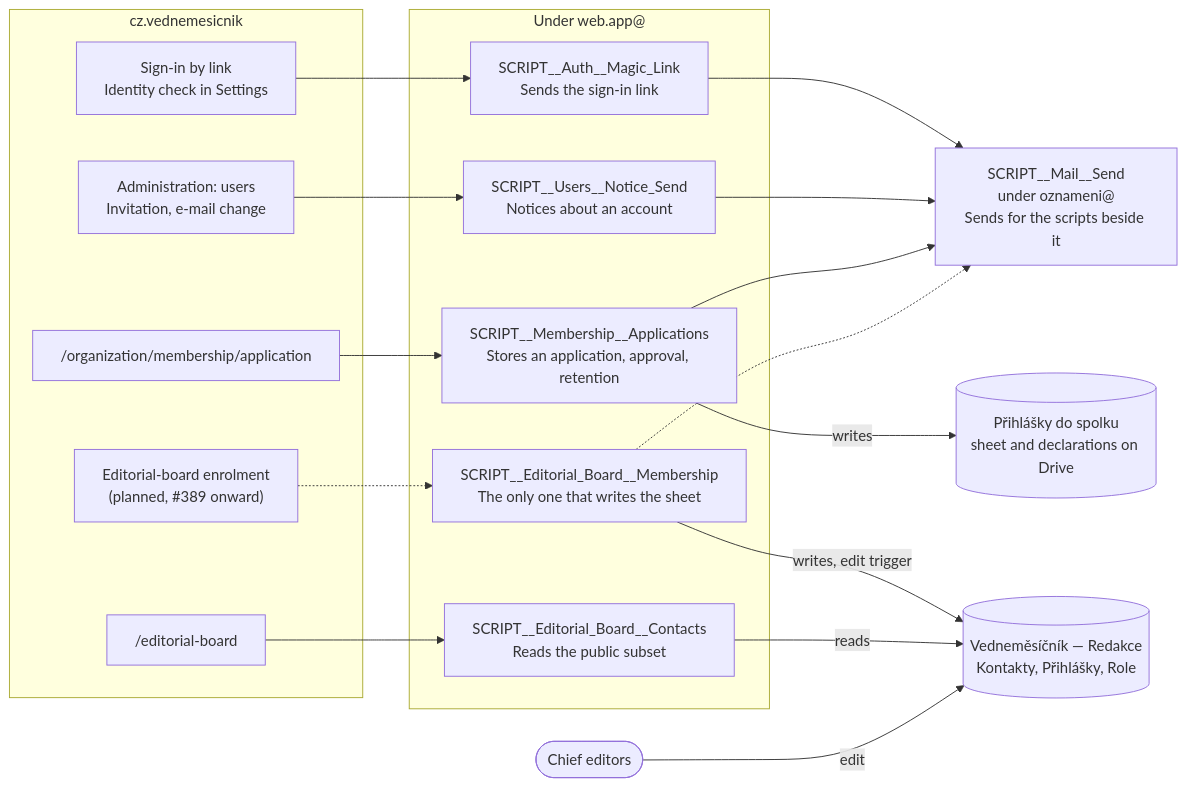
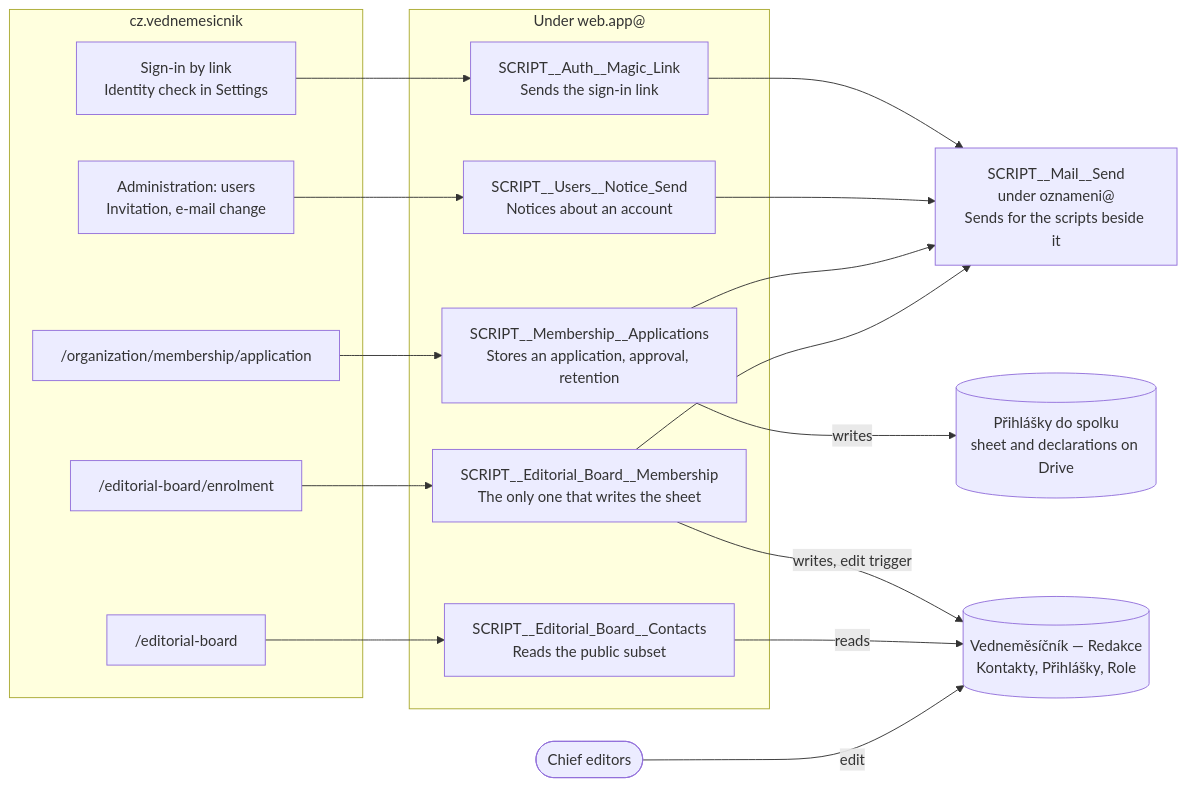
The diagram in docs/_apps-script-web-apps.md (vednemesicnik/cz.vednemesicnik), drawn with Mermaid before and after one commit. The commit also changed other lines of this file and 46 other files, not shown here.

First line of the commit message:
feat(editorial-board): confirm an enrolment by e-mail (#950)

````diff
--- a/docs/_apps-script-web-apps.md
+++ b/docs/_apps-script-web-apps.md
@@ -8,38 +8,38 @@
 ```mermaid
 flowchart LR
   subgraph web["cz.vednemesicnik"]
     signIn["Sign-in by link<br/>Identity check in Settings"]
     users["Administration: users<br/>Invitation, e-mail change"]
     application["/organization/membership/application"]
-    enrolment["Editorial-board enrolment<br/>(planned, #389 onward)"]
+    enrolment["/editorial-board/enrolment"]
     board["/editorial-board"]
   end
 
   subgraph scripts["Under web.app@"]
     magicLink["SCRIPT__Auth__Magic_Link<br/>Sends the sign-in link"]
     usersNotice["SCRIPT__Users__Notice_Send<br/>Notices about an account"]
     membershipApplications["SCRIPT__Membership__Applications<br/>Stores an application, approval, retention"]
     boardMembership["SCRIPT__Editorial_Board__Membership<br/>The only one that writes the sheet"]
     contacts["SCRIPT__Editorial_Board__Contacts<br/>Reads the public subset"]
   end
 
   mailer["SCRIPT__Mail__Send<br/>under oznameni@<br/>Sends for the scripts beside it"]
   membershipStore[("Přihlášky do spolku<br/>sheet and declarations on Drive")]
   editorialSheet[("Vedneměsíčník — Redakce<br/>Kontakty, Přihlášky, Role")]
   chiefEditors(["Chief editors"])
 
   signIn --> magicLink
   users --> usersNotice
   application --> membershipApplications
-  enrolment -.-> boardMembership
+  enrolment --> boardMembership
   board --> contacts
 
   magicLink --> mailer
   usersNotice --> mailer
   membershipApplications --> mailer
   membershipApplications -->|writes| membershipStore
-  boardMembership -.-> mailer
+  boardMembership --> mailer
   boardMembership -->|"writes, edit trigger"| editorialSheet
   contacts -->|reads| editorialSheet
   chiefEditors -->|edit| editorialSheet
 ```
````
